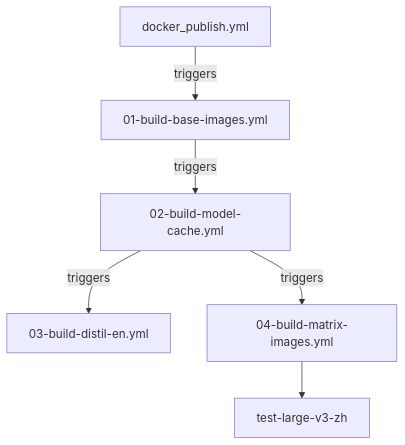
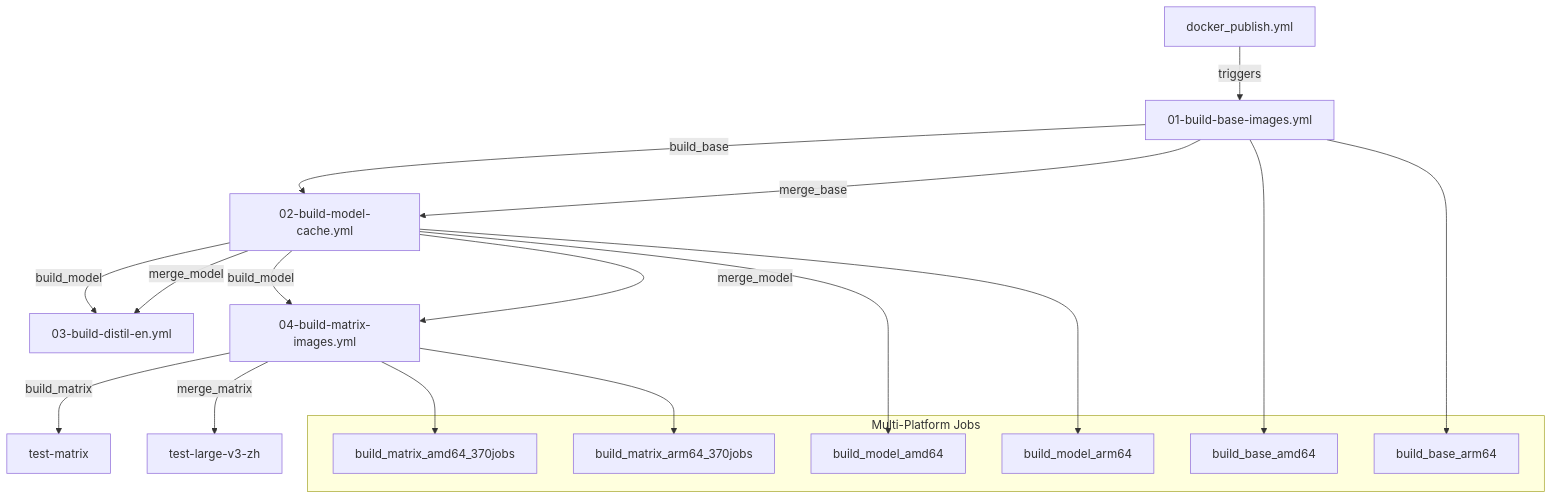
Before and after one commit to jim60105/docker-whisperX: the diagram in .github/workflows/README.md, drawn with Mermaid. The commit also changed other lines of this file and 4 other files, not shown here.

First line of the commit message:
feat: implement distributed multi-platform builds (#86)

````diff
--- a/.github/workflows/README.md
+++ b/.github/workflows/README.md
@@ -11,8 +11,28 @@
 ```mermaid
 graph TD
     A[docker_publish.yml] -->|triggers| B[01-build-base-images.yml]
-    B -->|triggers| C[02-build-model-cache.yml]
-    C -->|triggers| D[03-build-distil-en.yml]
-    C -->|triggers| E[04-build-matrix-images.yml]
-    E --> F[test-large-v3-zh]
+    B -->|build_base| C[02-build-model-cache.yml]
+    B -->|merge_base| C
+    C -->|build_model| D[03-build-distil-en.yml]
+    C -->|merge_model| D
+    C -->|build_model| E[04-build-matrix-images.yml]
+    C -->|merge_model| E
+    E -->|build_matrix| F[test-matrix]
+    E -->|merge_matrix| G[test-large-v3-zh]
+    
+    subgraph "Multi-Platform Jobs"
+        B1[build_base_amd64]
+        B2[build_base_arm64]
+        C1[build_model_amd64]
+        C2[build_model_arm64]
+        E1[build_matrix_amd64_370jobs]
+        E2[build_matrix_arm64_370jobs]
+    end
+    
+    B --> B1
+    B --> B2
+    C --> C1
+    C --> C2
+    E --> E1
+    E --> E2
 ```
````
